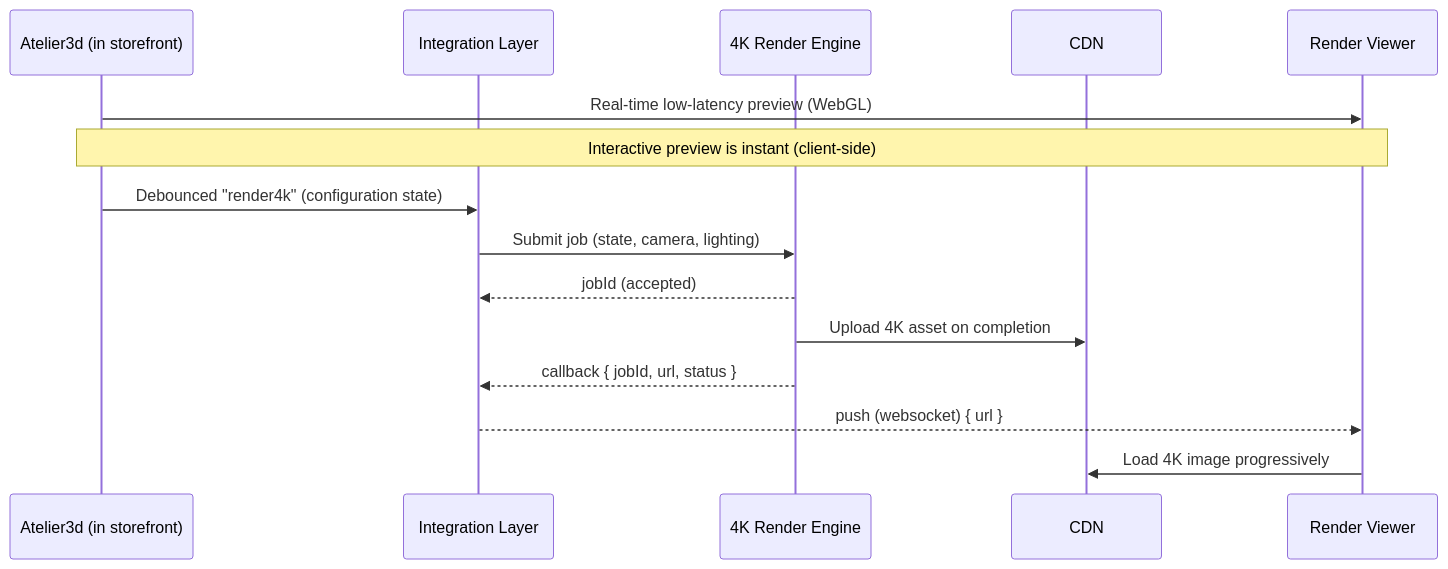
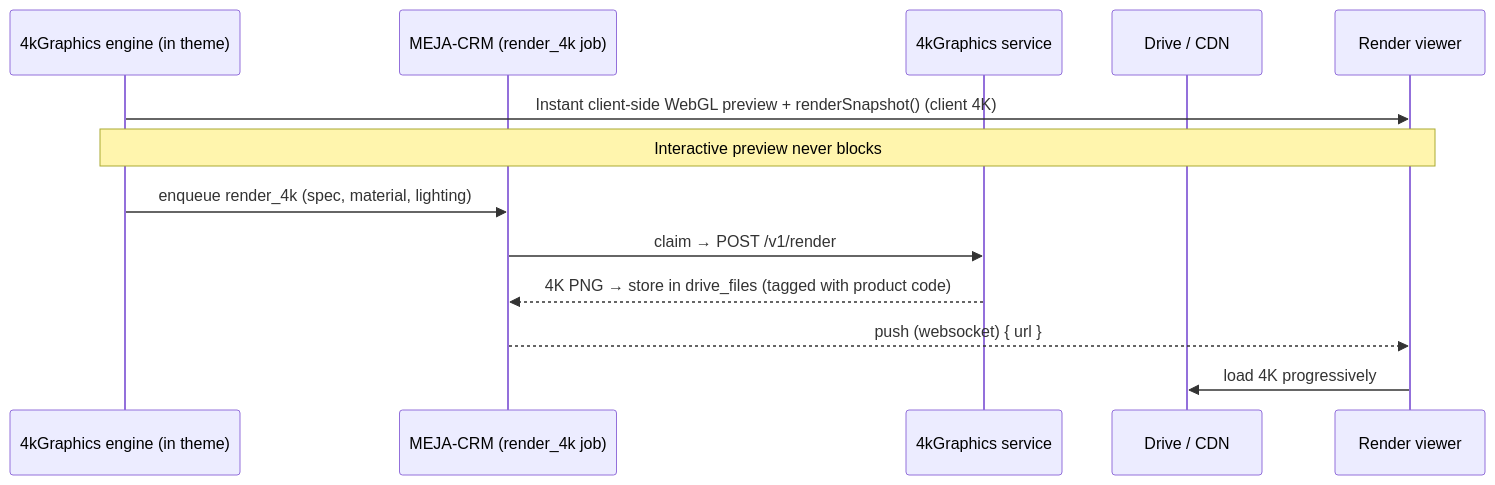
One commit to jfsgi/MEJA-ShopifyStore changed the fifth of 7 diagrams in docs/01-Master-Plan.md. Above: the diagram before and after it, drawn with Mermaid. The commit also changed other lines of this file and 7 other files, not shown here.

First line of the commit message:
Reconcile plan with real sibling apps (CRM, Atelier3D, 4kGraphics)

````diff
--- a/docs/01-Master-Plan.md
+++ b/docs/01-Master-Plan.md
@@ -297,17 +279,15 @@
 ```mermaid
 sequenceDiagram
-    participant CFG as Atelier3d (in storefront)
-    participant IL as Integration Layer
-    participant R as 4K Render Engine
-    participant CDN as CDN
-    participant V as Render Viewer
-    CFG->>V: Real-time low-latency preview (WebGL)
-    Note over CFG,V: Interactive preview is instant (client-side)
-    CFG->>IL: Debounced "render4k" (configuration state)
-    IL->>R: Submit job (state, camera, lighting)
-    R-->>IL: jobId (accepted)
-    R->>CDN: Upload 4K asset on completion
-    R-->>IL: callback { jobId, url, status }
-    IL-->>V: push (websocket) { url }
-    V->>CDN: Load 4K image progressively
+    participant ENG as 4kGraphics engine (in theme)
+    participant CRM as MEJA-CRM (render_4k job)
+    participant R as 4kGraphics service
+    participant CDN as Drive / CDN
+    participant V as Render viewer
+    ENG->>V: Instant client-side WebGL preview + renderSnapshot() (client 4K)
+    Note over ENG,V: Interactive preview never blocks
+    ENG->>CRM: enqueue render_4k (spec, material, lighting)
+    CRM->>R: claim → POST /v1/render
+    R-->>CRM: 4K PNG → store in drive_files (tagged with product code)
+    CRM-->>V: push (websocket) { url }
+    V->>CDN: load 4K progressively
 ```
````
